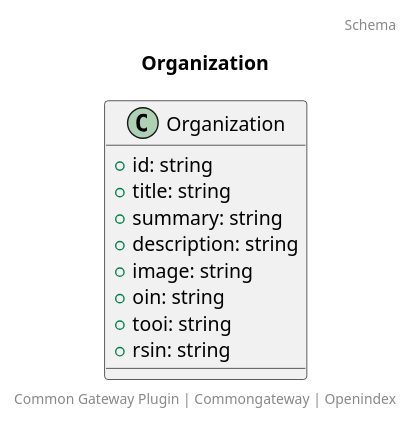
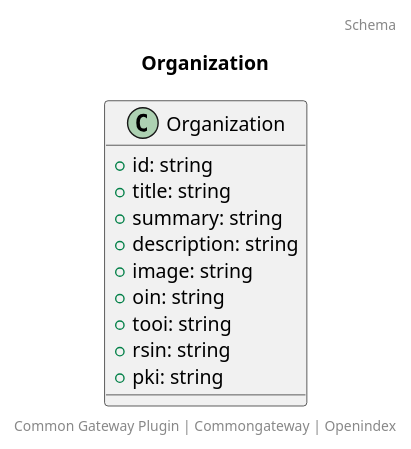
Before and after one commit to CommonGateway/OpenIndex: the diagram in docs/schema/Organization.puml, drawn with PlantUML. The commit also changed 7 other files, not shown here.

```diff
--- a/docs/schema/Organization.puml
+++ b/docs/schema/Organization.puml
@@ -1,16 +1,17 @@
 @startuml
 title: Organization
 footer: Common Gateway Plugin | Commongateway | Openindex 
 header: Schema
 
 class Organization {
   + id: string
   + title: string
   + summary: string
   + description: string
   + image: string
   + oin: string
   + tooi: string
   + rsin: string
+  + pki: string
 }
 @enduml
```
